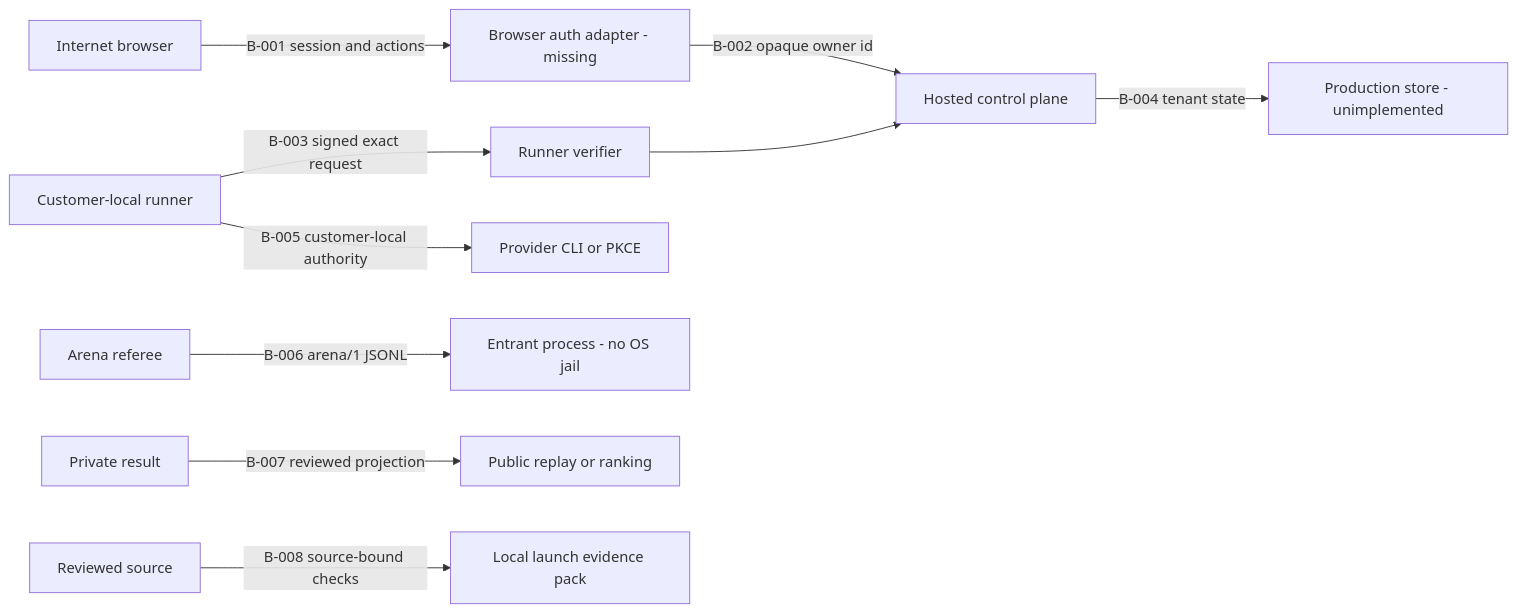
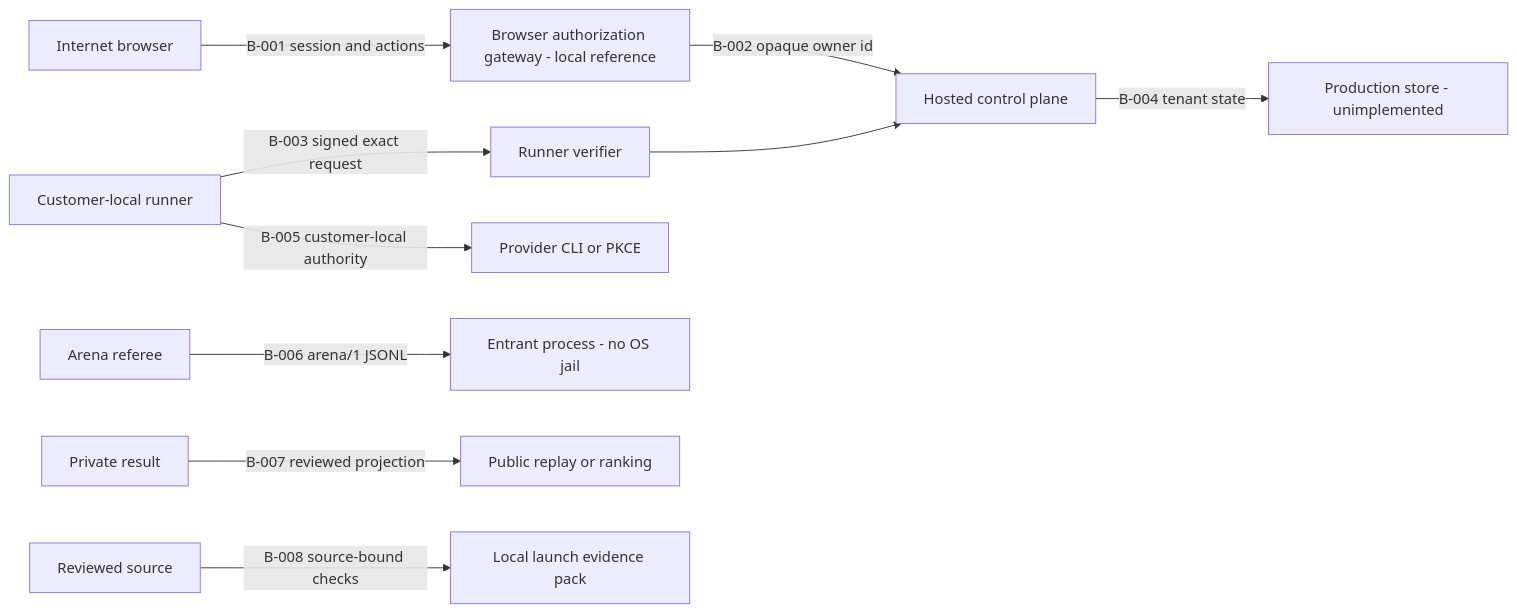
Before and after one commit to nymrel/builderwars: the diagram in docs/BUILDERWARS_THREAT_MODEL.md, drawn with Mermaid. The commit also changed other lines of this file and 11 other files, not shown here.

Commit message:
add fail-closed browser authorization gateway

````diff
--- a/docs/BUILDERWARS_THREAT_MODEL.md
+++ b/docs/BUILDERWARS_THREAT_MODEL.md
@@ -74,12 +74,12 @@
 ```mermaid
 flowchart LR
-  U[Internet browser] -->|B-001 session and actions| A[Browser auth adapter - missing]
+  U[Internet browser] -->|B-001 session and actions| A[Browser authorization gateway - local reference]
   A -->|B-002 opaque owner id| H[Hosted control plane]
   R[Customer-local runner] -->|B-003 signed exact request| V[Runner verifier]
   V --> H
   H -->|B-004 tenant state| S[Production store - unimplemented]
   R -->|B-005 customer-local authority| P[Provider CLI or PKCE]
   F[Arena referee] -->|B-006 arena/1 JSONL| E[Entrant process - no OS jail]
   X[Private result] -->|B-007 reviewed projection| W[Public replay or ranking]
   G[Reviewed source] -->|B-008 source-bound checks| L[Local launch evidence pack]
 ```
````
